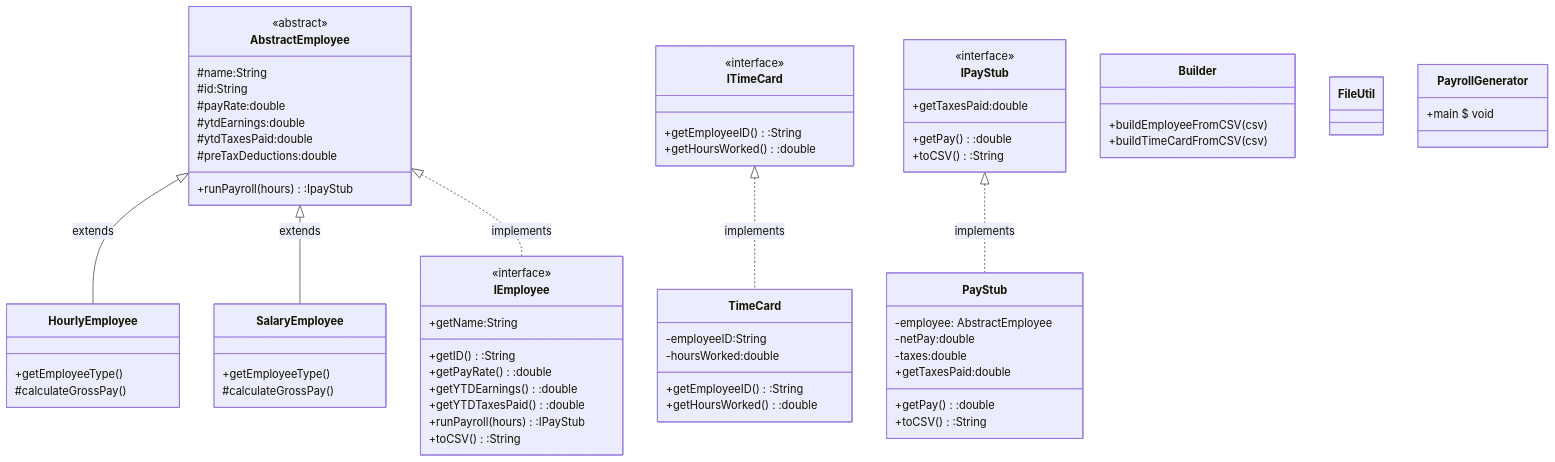
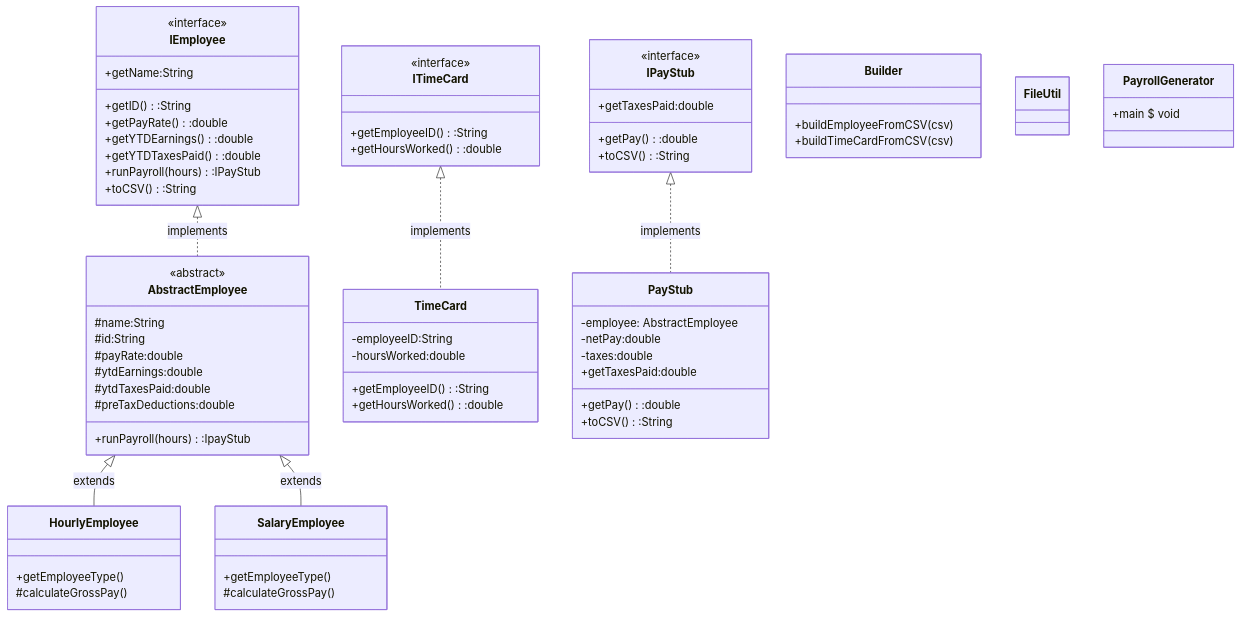
One commit to chenni-wang/payroll-generator changed the first of 2 diagrams in DesignDocument.md. Above: the diagram before and after it, drawn with Mermaid. The commit also changed other lines of this file, not shown here.

```diff
--- a/DesignDocument.md
+++ b/DesignDocument.md
@@ -89,7 +89,7 @@
     
     AbstractEmployee <|-- HourlyEmployee:extends
     AbstractEmployee <|-- SalaryEmployee:extends
-    AbstractEmployee <|.. IEmployee:implements
+    IEmployee <|.. AbstractEmployee:implements
     IPayStub <|.. PayStub:implements
     ITimeCard <|.. TimeCard:implements
     
```
